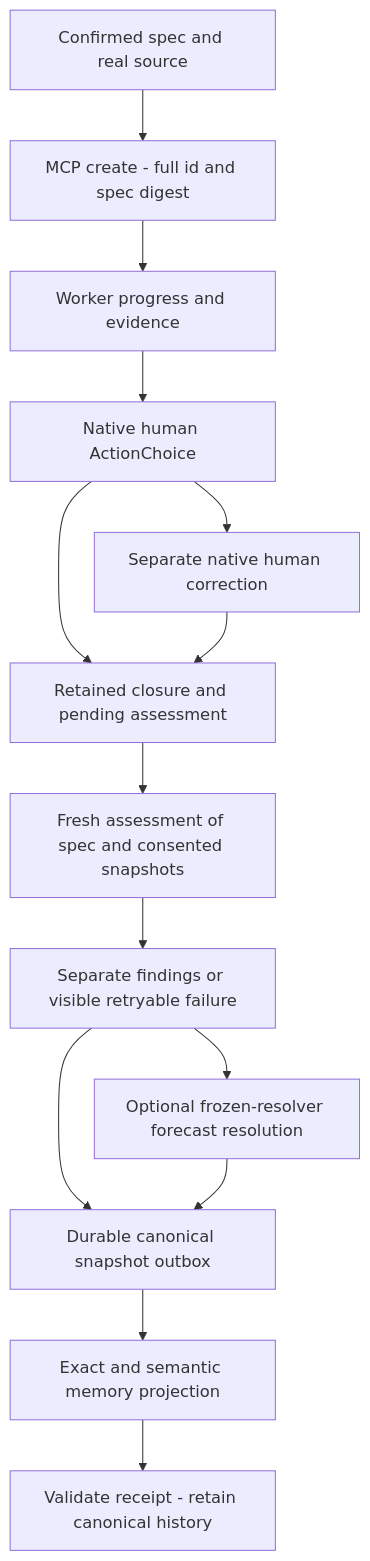
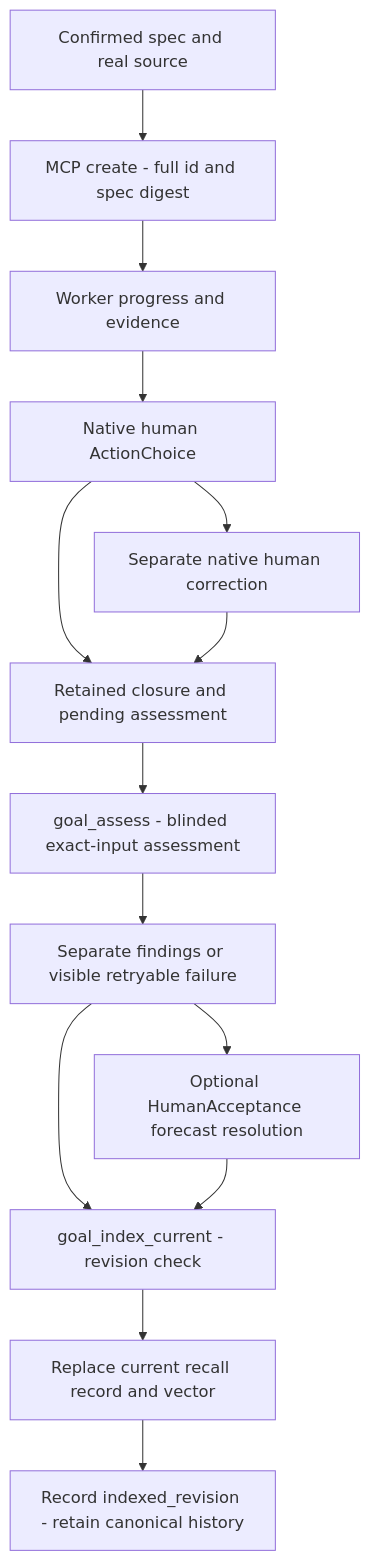
Before and after one commit to mdz-axo/zed-kask: the third of 3 diagrams in kask/docs/diagrams/kanban.md, drawn with Mermaid. The commit also changed other lines of this file and 58 other files, not shown here.

````diff
--- a/kask/docs/diagrams/kanban.md
+++ b/kask/docs/diagrams/kanban.md
@@ -117,16 +109,16 @@
 ```mermaid
 flowchart TD
     A[Confirmed spec and real source] --> B[MCP create - full id and spec digest]
     B --> C[Worker progress and evidence]
     C --> D[Native human ActionChoice]
     D --> E[Retained closure and pending assessment]
-    E --> F[Fresh assessment of spec and consented snapshots]
+    E --> F[goal_assess - blinded exact-input assessment]
     F --> G[Separate findings or visible retryable failure]
-    G --> H[Optional frozen-resolver forecast resolution]
-    G --> I[Durable canonical snapshot outbox]
+    G --> H[Optional HumanAcceptance forecast resolution]
+    G --> I[goal_index_current - revision check]
     H --> I
-    I --> J[Exact and semantic memory projection]
-    J --> K[Validate receipt - retain canonical history]
+    I --> J[Replace current recall record and vector]
+    J --> K[Record indexed_revision - retain canonical history]
     D --> L[Separate native human correction]
     L --> E
 ```
````
